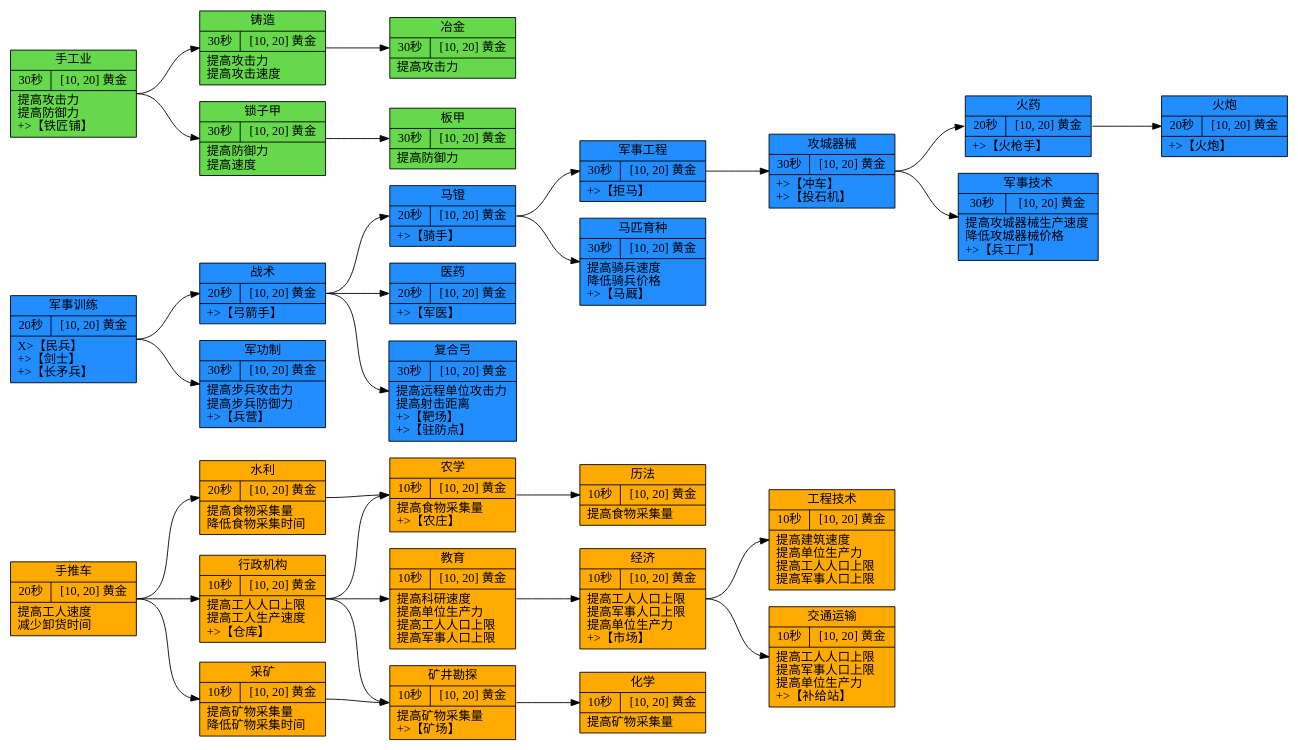
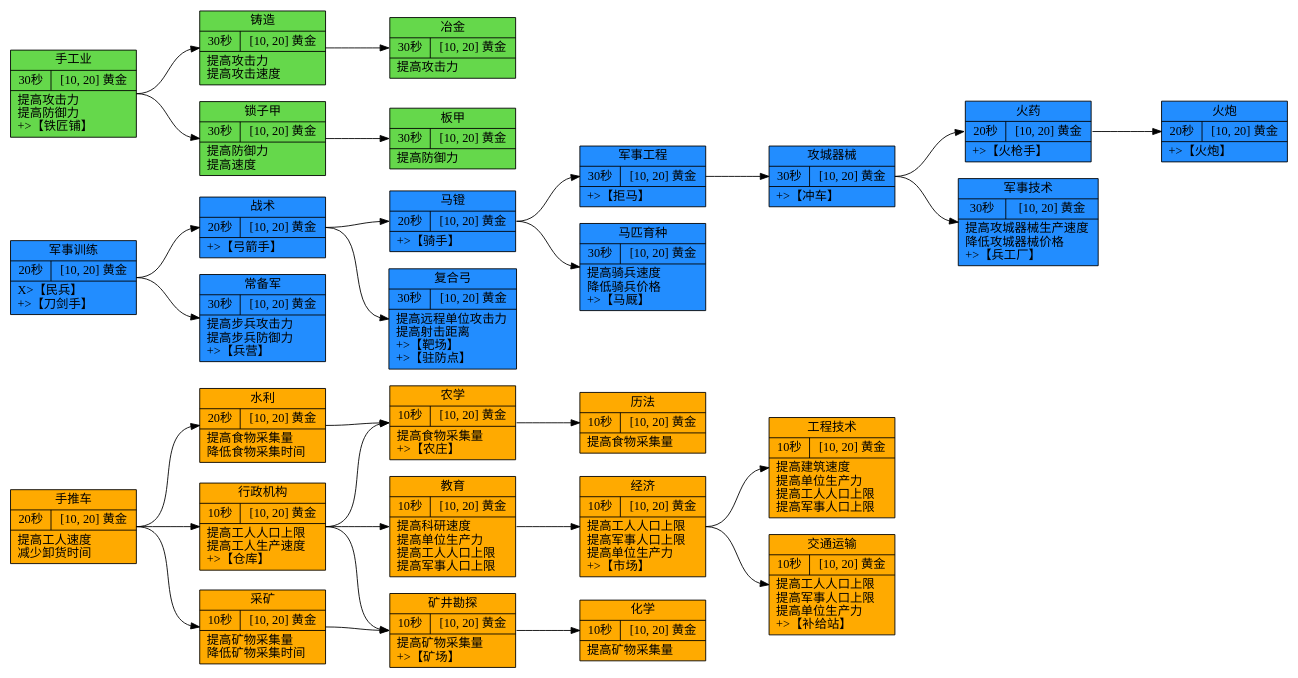
One commit to HkingAuditore/ToyEmpiresDocuments changed the diagram in PythonTools/TechTreeGraph/default.gv. Above: the diagram before and after it, drawn with Graphviz. The commit also changed 12 other files, not shown here.

```diff
--- a/PythonTools/TechTreeGraph/default.gv
+++ b/PythonTools/TechTreeGraph/default.gv
@@ -1,60 +1,58 @@
 digraph G {
 	rankdir=LR ranksep=1
 	"手推车" [label="手推车|{<f0>20秒| <f1>[10, 20] 黄金 }|提高工人速度\l减少卸货时间\l" fillcolor="#ffaa00" fontname=SimSun shape=record style=filled]
 	"水利" [label="水利|{<f0>20秒| <f1>[10, 20] 黄金 }|提高食物采集量\l降低食物采集时间\l" fillcolor="#ffaa00" fontname=SimSun shape=record style=filled]
 	"手推车":e -> "水利":w [len=2.00]
 	"采矿" [label="采矿|{<f0>10秒| <f1>[10, 20] 黄金 }|提高矿物采集量\l降低矿物采集时间\l" fillcolor="#ffaa00" fontname=SimSun shape=record style=filled]
 	"手推车":e -> "采矿":w [len=2.00]
 	"行政机构" [label="行政机构|{<f0>10秒| <f1>[10, 20] 黄金 }|提高工人人口上限\l提高工人生产速度\l\+\>【仓库】\l" fillcolor="#ffaa00" fontname=SimSun shape=record style=filled]
 	"手推车":e -> "行政机构":w [len=2.00]
 	"农学" [label="农学|{<f0>10秒| <f1>[10, 20] 黄金 }|提高食物采集量\l\+\>【农庄】\l" fillcolor="#ffaa00" fontname=SimSun shape=record style=filled]
 	"水利":e -> "农学":w [len=2.00]
 	"行政机构":e -> "农学":w [len=2.00]
 	"历法" [label="历法|{<f0>10秒| <f1>[10, 20] 黄金 }|提高食物采集量\l" fillcolor="#ffaa00" fontname=SimSun shape=record style=filled]
 	"农学":e -> "历法":w [len=2.00]
 	"矿井勘探" [label="矿井勘探|{<f0>10秒| <f1>[10, 20] 黄金 }|提高矿物采集量\l\+\>【矿场】\l" fillcolor="#ffaa00" fontname=SimSun shape=record style=filled]
 	"采矿":e -> "矿井勘探":w [len=2.00]
 	"行政机构":e -> "矿井勘探":w [len=2.00]
 	"化学" [label="化学|{<f0>10秒| <f1>[10, 20] 黄金 }|提高矿物采集量\l" fillcolor="#ffaa00" fontname=SimSun shape=record style=filled]
 	"矿井勘探":e -> "化学":w [len=2.00]
 	"教育" [label="教育|{<f0>10秒| <f1>[10, 20] 黄金 }|提高科研速度\l提高单位生产力\l提高工人人口上限\l提高军事人口上限\l" fillcolor="#ffaa00" fontname=SimSun shape=record style=filled]
 	"行政机构":e -> "教育":w [len=2.00]
 	"经济" [label="经济|{<f0>10秒| <f1>[10, 20] 黄金 }|提高工人人口上限\l提高军事人口上限\l提高单位生产力\l\+\>【市场】\l" fillcolor="#ffaa00" fontname=SimSun shape=record style=filled]
 	"教育":e -> "经济":w [len=2.00]
 	"工程技术" [label="工程技术|{<f0>10秒| <f1>[10, 20] 黄金 }|提高建筑速度\l提高单位生产力\l提高工人人口上限\l提高军事人口上限\l" fillcolor="#ffaa00" fontname=SimSun shape=record style=filled]
 	"经济":e -> "工程技术":w [len=2.00]
 	"交通运输" [label="交通运输|{<f0>10秒| <f1>[10, 20] 黄金 }|提高工人人口上限\l提高军事人口上限\l提高单位生产力\l\+\>【补给站】\l" fillcolor="#ffaa00" fontname=SimSun shape=record style=filled]
 	"经济":e -> "交通运输":w [len=2.00]
-	"军事训练" [label="军事训练|{<f0>20秒| <f1>[10, 20] 黄金 }|\X\>【民兵】\l\+\>【剑士】\l\+\>【长矛兵】\l" fillcolor="#228dff" fontname=SimSun shape=record style=filled]
+	"军事训练" [label="军事训练|{<f0>20秒| <f1>[10, 20] 黄金 }|\X\>【民兵】\l\+\>【刀剑手】\l" fillcolor="#228dff" fontname=SimSun shape=record style=filled]
 	"战术" [label="战术|{<f0>20秒| <f1>[10, 20] 黄金 }|\+\>【弓箭手】\l" fillcolor="#228dff" fontname=SimSun shape=record style=filled]
 	"军事训练":e -> "战术":w [len=2.00]
 	"马镫" [label="马镫|{<f0>20秒| <f1>[10, 20] 黄金 }|\+\>【骑手】\l" fillcolor="#228dff" fontname=SimSun shape=record style=filled]
 	"战术":e -> "马镫":w [len=2.00]
-	"医药" [label="医药|{<f0>20秒| <f1>[10, 20] 黄金 }|\+\>【军医】\l" fillcolor="#228dff" fontname=SimSun shape=record style=filled]
-	"战术":e -> "医药":w [len=2.00]
 	"军事工程" [label="军事工程|{<f0>30秒| <f1>[10, 20] 黄金 }|\+\>【拒马】\l" fillcolor="#228dff" fontname=SimSun shape=record style=filled]
 	"马镫":e -> "军事工程":w [len=2.00]
-	"攻城器械" [label="攻城器械|{<f0>30秒| <f1>[10, 20] 黄金 }|\+\>【冲车】\l\+\>【投石机】\l" fillcolor="#228dff" fontname=SimSun shape=record style=filled]
+	"攻城器械" [label="攻城器械|{<f0>30秒| <f1>[10, 20] 黄金 }|\+\>【冲车】\l" fillcolor="#228dff" fontname=SimSun shape=record style=filled]
 	"军事工程":e -> "攻城器械":w [len=2.00]
 	"火药" [label="火药|{<f0>20秒| <f1>[10, 20] 黄金 }|\+\>【火枪手】\l" fillcolor="#228dff" fontname=SimSun shape=record style=filled]
 	"攻城器械":e -> "火药":w [len=2.00]
 	"火炮" [label="火炮|{<f0>20秒| <f1>[10, 20] 黄金 }|\+\>【火炮】\l" fillcolor="#228dff" fontname=SimSun shape=record style=filled]
 	"火药":e -> "火炮":w [len=2.00]
-	"军功制" [label="军功制|{<f0>30秒| <f1>[10, 20] 黄金 }|提高步兵攻击力\l提高步兵防御力\l\+\>【兵营】\l" fillcolor="#228dff" fontname=SimSun shape=record style=filled]
-	"军事训练":e -> "军功制":w [len=2.00]
+	"常备军" [label="常备军|{<f0>30秒| <f1>[10, 20] 黄金 }|提高步兵攻击力\l提高步兵防御力\l\+\>【兵营】\l" fillcolor="#228dff" fontname=SimSun shape=record style=filled]
+	"军事训练":e -> "常备军":w [len=2.00]
 	"复合弓" [label="复合弓|{<f0>30秒| <f1>[10, 20] 黄金 }|提高远程单位攻击力\l提高射击距离\l\+\>【靶场】\l\+\>【驻防点】\l" fillcolor="#228dff" fontname=SimSun shape=record style=filled]
 	"战术":e -> "复合弓":w [len=2.00]
 	"马匹育种" [label="马匹育种|{<f0>30秒| <f1>[10, 20] 黄金 }|提高骑兵速度\l降低骑兵价格\l\+\>【马厩】\l" fillcolor="#228dff" fontname=SimSun shape=record style=filled]
 	"马镫":e -> "马匹育种":w [len=2.00]
 	"军事技术" [label="军事技术|{<f0>30秒| <f1>[10, 20] 黄金 }|提高攻城器械生产速度\l降低攻城器械价格\l\+\>【兵工厂】\l" fillcolor="#228dff" fontname=SimSun shape=record style=filled]
 	"攻城器械":e -> "军事技术":w [len=2.00]
 	"手工业" [label="手工业|{<f0>30秒| <f1>[10, 20] 黄金 }|提高攻击力\l提高防御力\l\+\>【铁匠铺】\l" fillcolor="#65d84b" fontname=SimSun shape=record style=filled]
 	"铸造" [label="铸造|{<f0>30秒| <f1>[10, 20] 黄金 }|提高攻击力\l提高攻击速度\l" fillcolor="#65d84b" fontname=SimSun shape=record style=filled]
 	"手工业":e -> "铸造":w [len=2.00]
 	"冶金" [label="冶金|{<f0>30秒| <f1>[10, 20] 黄金 }|提高攻击力\l" fillcolor="#65d84b" fontname=SimSun shape=record style=filled]
 	"铸造":e -> "冶金":w [len=2.00]
 	"锁子甲" [label="锁子甲|{<f0>30秒| <f1>[10, 20] 黄金 }|提高防御力\l提高速度\l" fillcolor="#65d84b" fontname=SimSun shape=record style=filled]
 	"手工业":e -> "锁子甲":w [len=2.00]
 	"板甲" [label="板甲|{<f0>30秒| <f1>[10, 20] 黄金 }|提高防御力\l" fillcolor="#65d84b" fontname=SimSun shape=record style=filled]
 	"锁子甲":e -> "板甲":w [len=2.00]
 }
```
